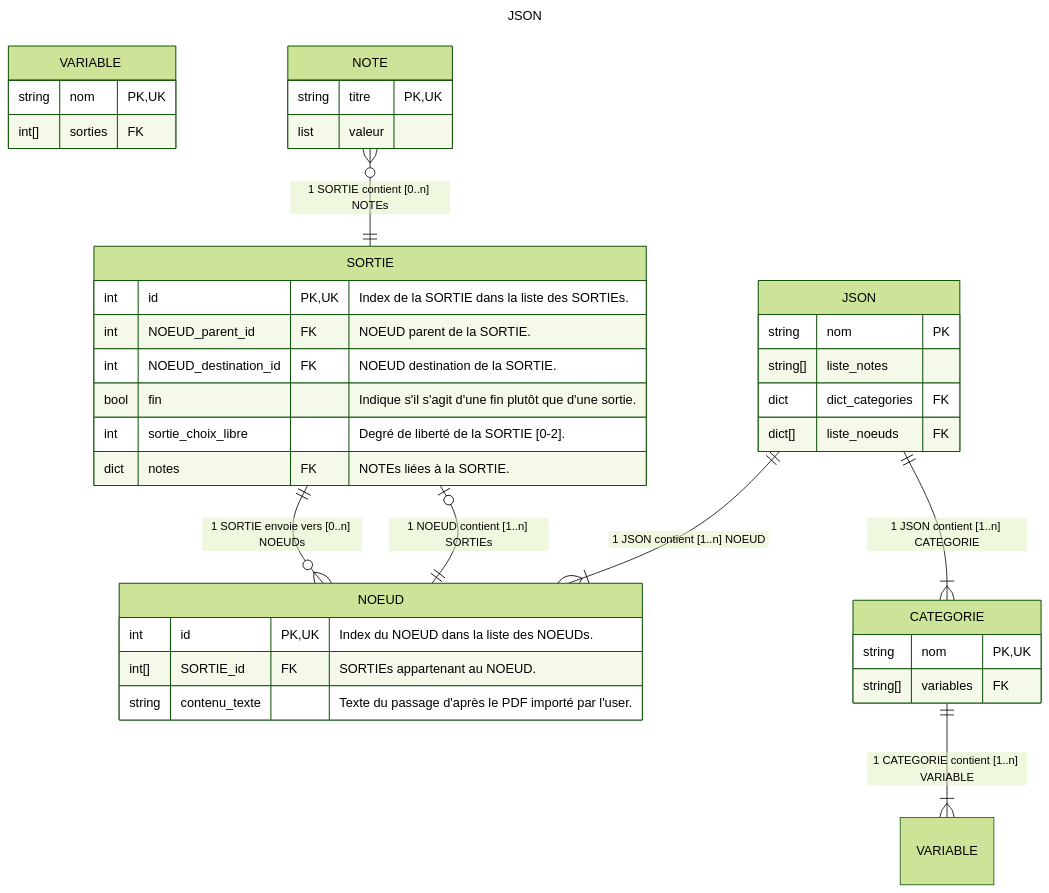
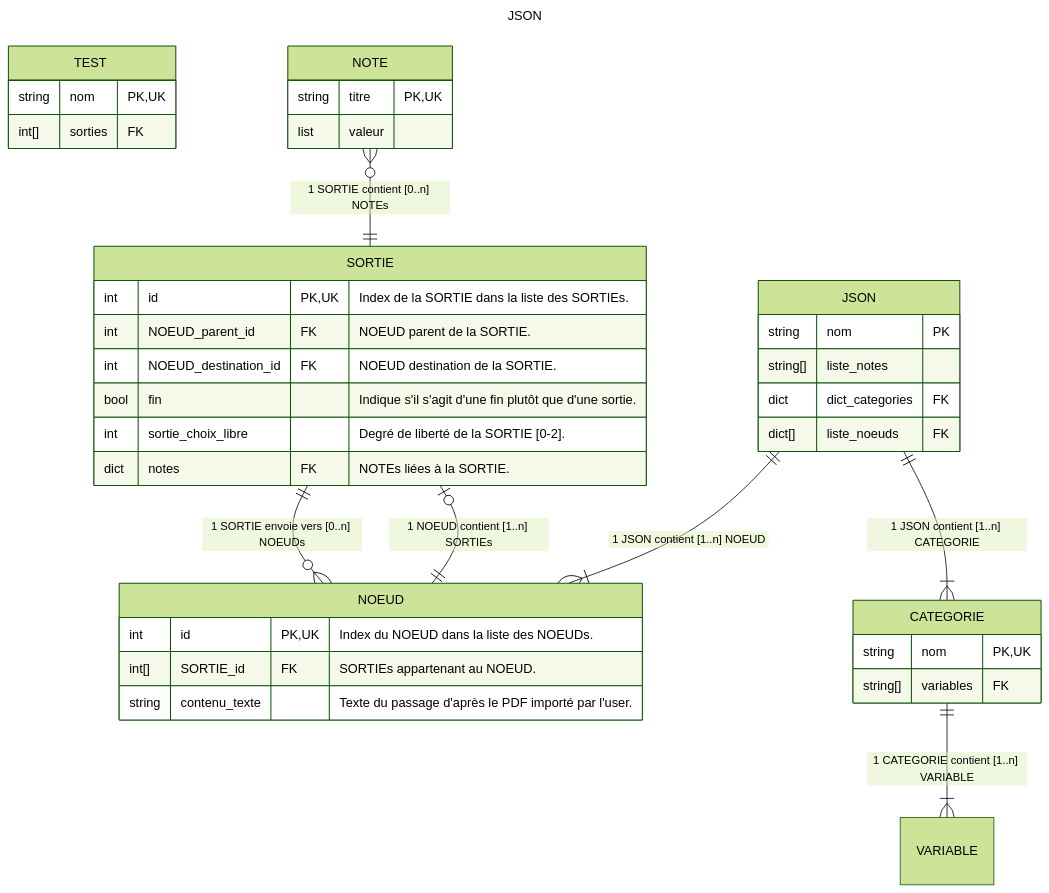
Before and after one commit to Hellorelei/Ficus: the diagram in projet/er_diagram.md, drawn with Mermaid (forest theme).

````diff
--- a/projet/er_diagram.md
+++ b/projet/er_diagram.md
@@ -7,44 +7,44 @@
 ```mermaid
 ---
 title: JSON
 ---
 erDiagram
 JSON {
     string nom PK
     string[] liste_notes
     dict dict_categories FK
     dict[] liste_noeuds FK
 }
 JSON ||--|{ NOEUD : "1 JSON contient [1..n] NOEUD"
 JSON ||--|{ CATEGORIE : "1 JSON contient [1..n] CATEGORIE"
 CATEGORIE {
     string nom PK, UK
     string[] variables FK
 }
 CATEGORIE ||--|{ VARIABLE : "1 CATEGORIE contient [1..n] VARIABLE"
-VARIABLE {
+TEST {
     string nom PK, UK
     int[] sorties FK
 }
 NOEUD {
     int id PK, UK "Index du NOEUD dans la liste des NOEUDs."
     int[] SORTIE_id FK "SORTIEs appartenant au NOEUD."
     string contenu_texte "Texte du passage d'après le PDF importé par l'user."
 }
 SORTIE |o--|| NOEUD : "1 NOEUD contient [1..n] SORTIEs"
 SORTIE ||--o{ NOEUD : "1 SORTIE envoie vers [0..n] NOEUDs"
 SORTIE {
     int id PK, UK "Index de la SORTIE dans la liste des SORTIEs."
     int NOEUD_parent_id FK "NOEUD parent de la SORTIE."
     int NOEUD_destination_id FK "NOEUD destination de la SORTIE."
     bool fin "Indique s'il s'agit d'une fin plutôt que d'une sortie."
     int sortie_choix_libre "Degré de liberté de la SORTIE [0-2]."
     dict notes FK "NOTEs liées à la SORTIE."
 }
 NOTE }o--|| SORTIE : "1 SORTIE contient [0..n] NOTEs"
 NOTE {
     string titre PK, UK
     list valeur
 }
 
 ```
````
